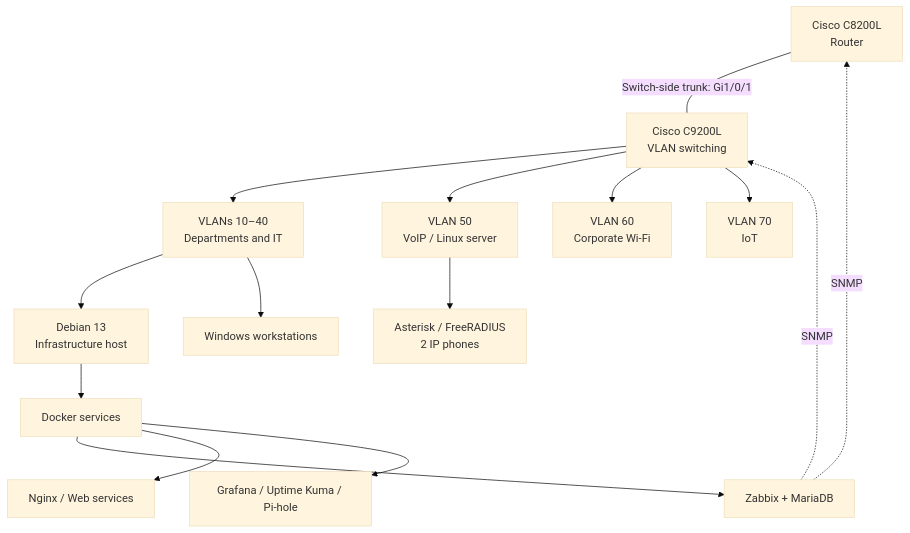
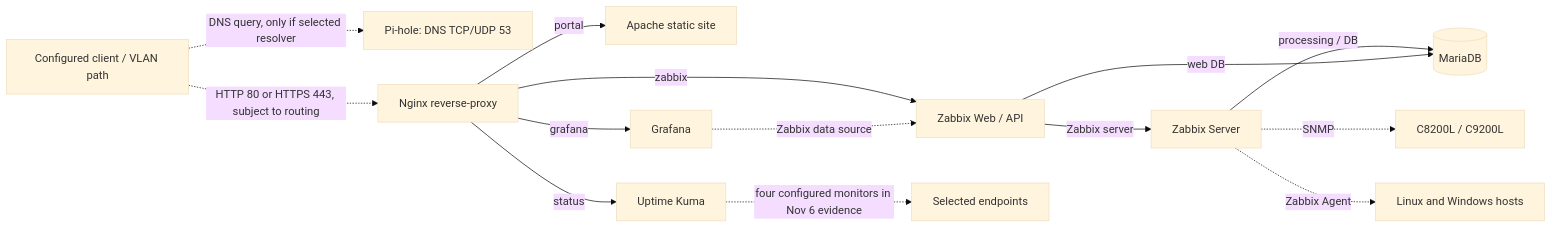
Before and after one commit to kayo-willian/enterprise-noc-from-scratch: the second of 2 diagrams in README.md, drawn with Mermaid (base theme). The commit also changed other lines of this file, not shown here.

````diff
--- a/README.md
+++ b/README.md
@@ -54,17 +388,17 @@
 ```mermaid
-flowchart TB
-    R["Cisco C8200L<br/>Router"] ---|"Switch-side trunk: Gi1/0/1"| S["Cisco C9200L<br/>VLAN switching"]
-    S --> D["VLANs 10–40<br/>Departments and IT"]
-    S --> V["VLAN 50<br/>VoIP / Linux server"]
-    S --> W["VLAN 60<br/>Corporate Wi-Fi"]
-    S --> I["VLAN 70<br/>IoT"]
-    D --> H["Debian 13<br/>Infrastructure host"]
-    D --> E["Windows workstations"]
-    V --> A["Asterisk / FreeRADIUS<br/>2 IP phones"]
-    H --> C["Docker services"]
-    C --> Z["Zabbix + MariaDB"]
-    C --> N["Nginx / Web services"]
-    C --> G["Grafana / Uptime Kuma / Pi-hole"]
-    Z -.->|SNMP| R
-    Z -.->|SNMP| S
+flowchart LR
+    CLIENT["Configured client / VLAN path"] -.->|"DNS query, only if selected resolver"| PI["Pi-hole: DNS TCP/UDP 53"]
+    CLIENT -.->|"HTTP 80 or HTTPS 443, subject to routing"| N["Nginx reverse-proxy"]
+    N -->|"portal"| A["Apache static site"]
+    N -->|"zabbix"| W["Zabbix Web / API"]
+    N -->|"grafana"| G["Grafana"]
+    N -->|"status"| U["Uptime Kuma"]
+    W -->|"Zabbix server"| Z["Zabbix Server"]
+    Z -->|"processing / DB"| D[("MariaDB")]
+    W -->|"web DB"| D
+    G -.->|"Zabbix data source"| W
+    Z -.->|"SNMP"| C["C8200L / C9200L"]
+    Z -.->|"Zabbix Agent"| HOSTS["Linux and Windows hosts"]
+    U -.->|"four configured monitors in Nov 6 evidence"| CHECKS["Selected endpoints"]
+
 ```
````
